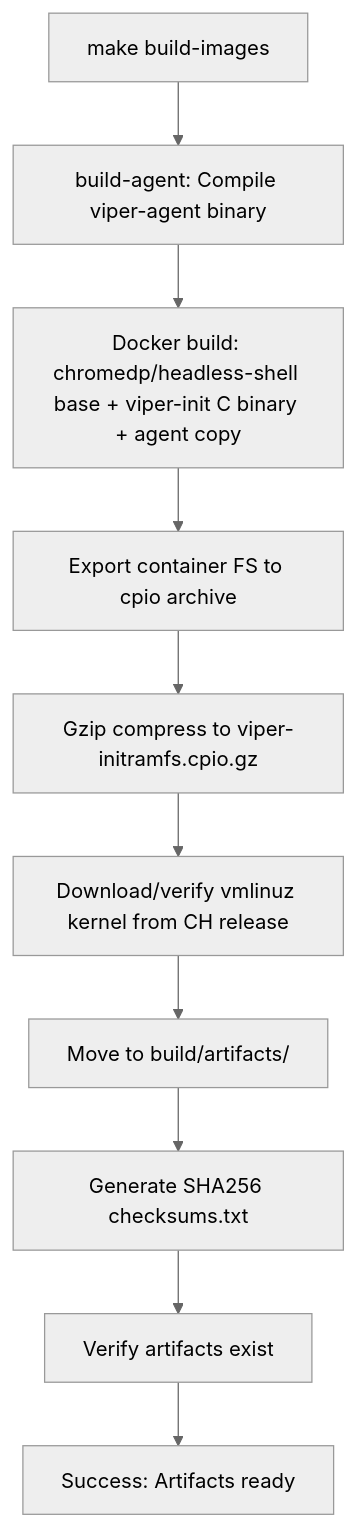
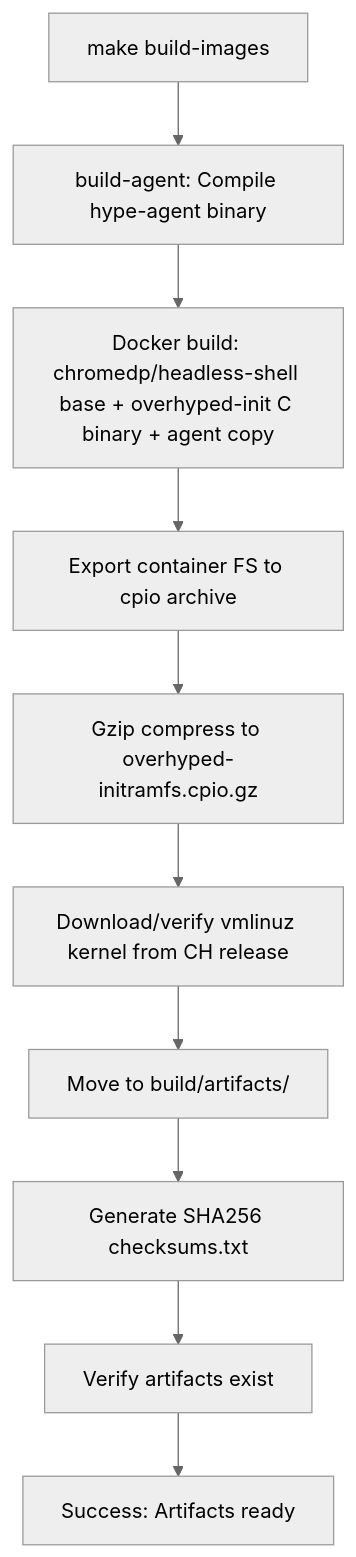
One commit to ccheshirecat/volant changed the diagram in docs/image-pipeline.md. Above: the diagram before and after it, drawn with Mermaid (neutral theme). The commit also changed other lines of this file and 49 other files, not shown here.

````diff
--- a/docs/image-pipeline.md
+++ b/docs/image-pipeline.md
@@ -36,12 +36,12 @@
 ```mermaid
 graph TD
-    A[make build-images] --> B[build-agent: Compile viper-agent binary]
-    B --> C[Docker build: chromedp/headless-shell base + viper-init C binary + agent copy]
+    A[make build-images] --> B[build-agent: Compile hype-agent binary]
+    B --> C[Docker build: chromedp/headless-shell base + overhyped-init C binary + agent copy]
     C --> D[Export container FS to cpio archive]
-    D --> E[Gzip compress to viper-initramfs.cpio.gz]
+    D --> E[Gzip compress to overhyped-initramfs.cpio.gz]
     E --> F[Download/verify vmlinuz kernel from CH release]
     F --> G[Move to build/artifacts/]
     G --> H[Generate SHA256 checksums.txt]
     H --> I[Verify artifacts exist]
     I --> J[Success: Artifacts ready]
 ```
````
